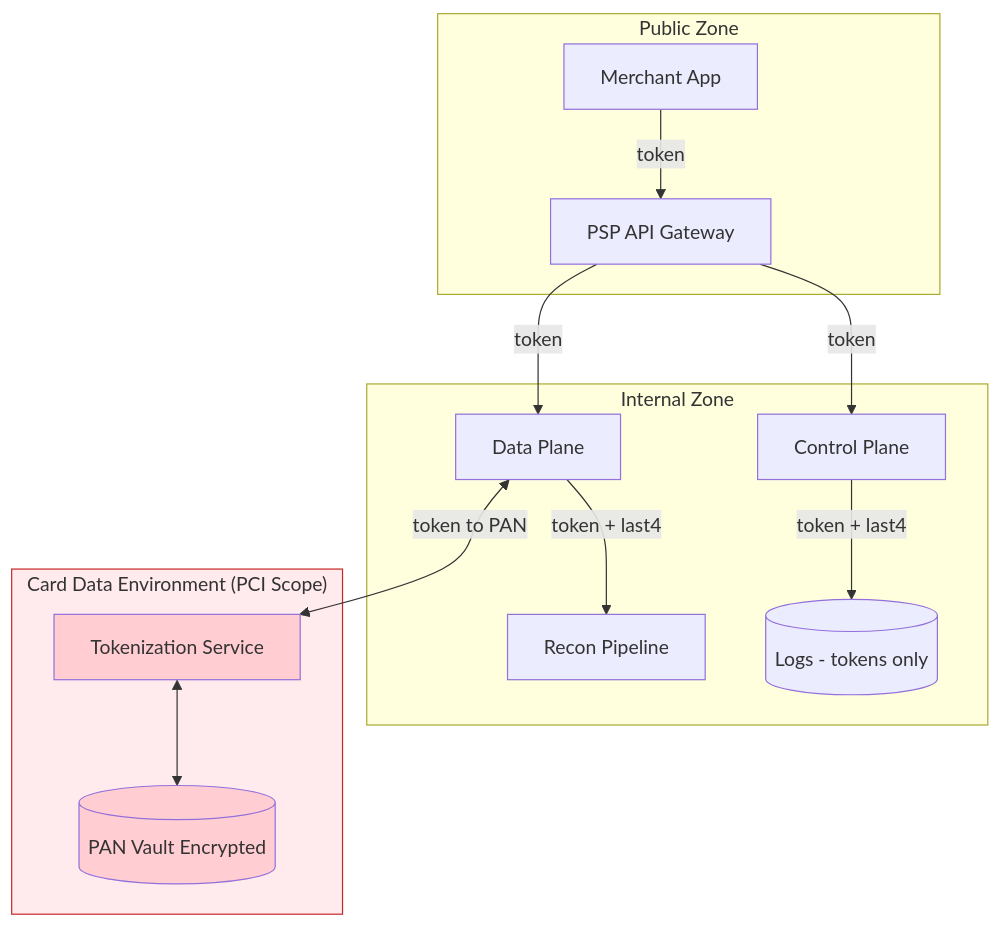
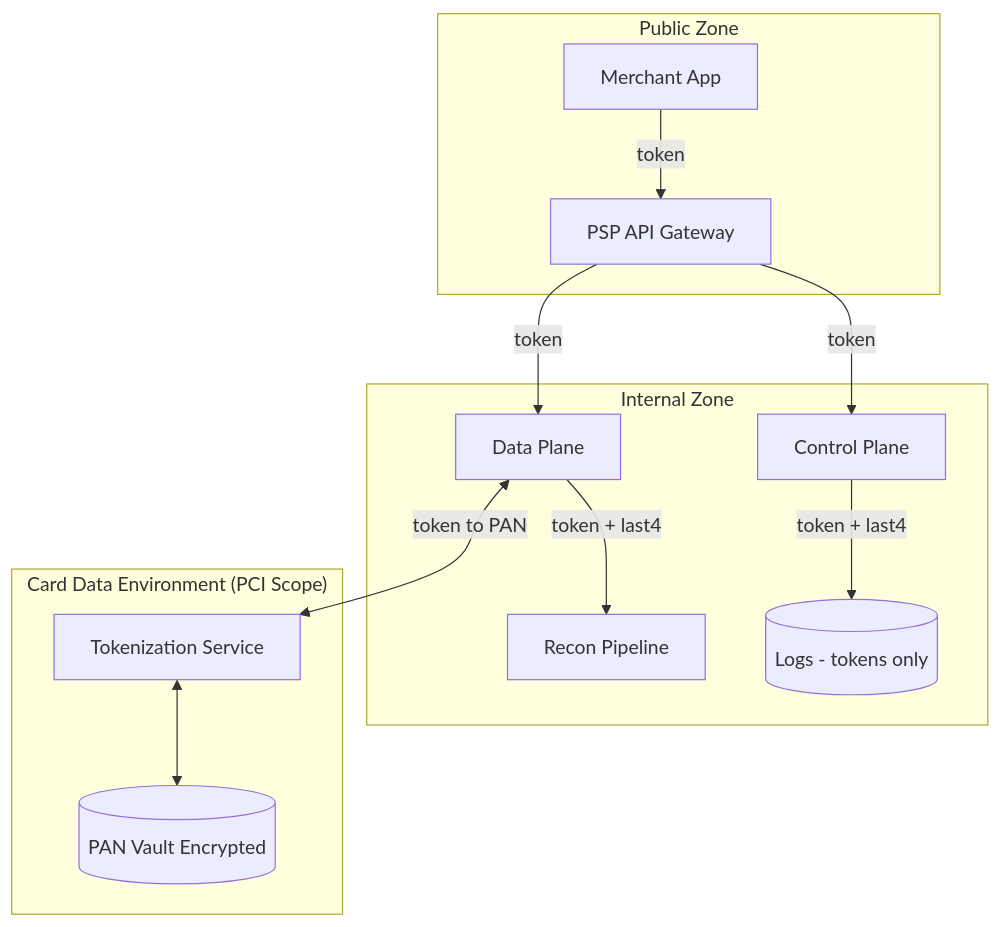
One commit to udaytamma/Cyrus changed the eighth of 9 diagrams in gemini-responses/payments-at-visa.md. Above: the diagram before and after it, drawn with Mermaid. The commit also changed other lines of this file and 8 other files, not shown here.

````diff
--- a/gemini-responses/payments-at-visa.md
+++ b/gemini-responses/payments-at-visa.md
@@ -757,31 +620,27 @@
 ```mermaid
 flowchart TB
     subgraph PUBLIC["Public Zone"]
         MERCHANT[Merchant App]
         API[PSP API Gateway]
     end
 
     subgraph INTERNAL["Internal Zone"]
         CP[Control Plane]
         DP[Data Plane]
         RECON[Recon Pipeline]
         LOGS[(Logs - tokens only)]
     end
 
     subgraph CDE["Card Data Environment (PCI Scope)"]
         VAULT[("PAN Vault Encrypted")]
         TOK[Tokenization Service]
     end
 
     MERCHANT -->|token| API
     API -->|token| CP
     API -->|token| DP
     DP <-->|token to PAN| TOK
     TOK <--> VAULT
     CP -->|token + last4| LOGS
     DP -->|token + last4| RECON
-
-    style CDE fill:#ffebee,stroke:#c62828
-    style VAULT fill:#ffcdd2
-    style TOK fill:#ffcdd2
 ```
````
